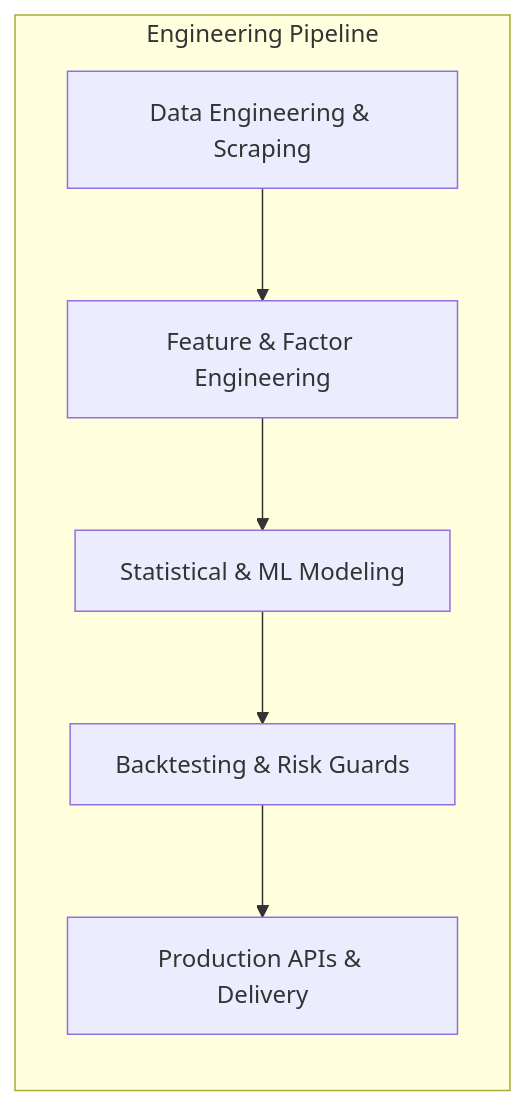
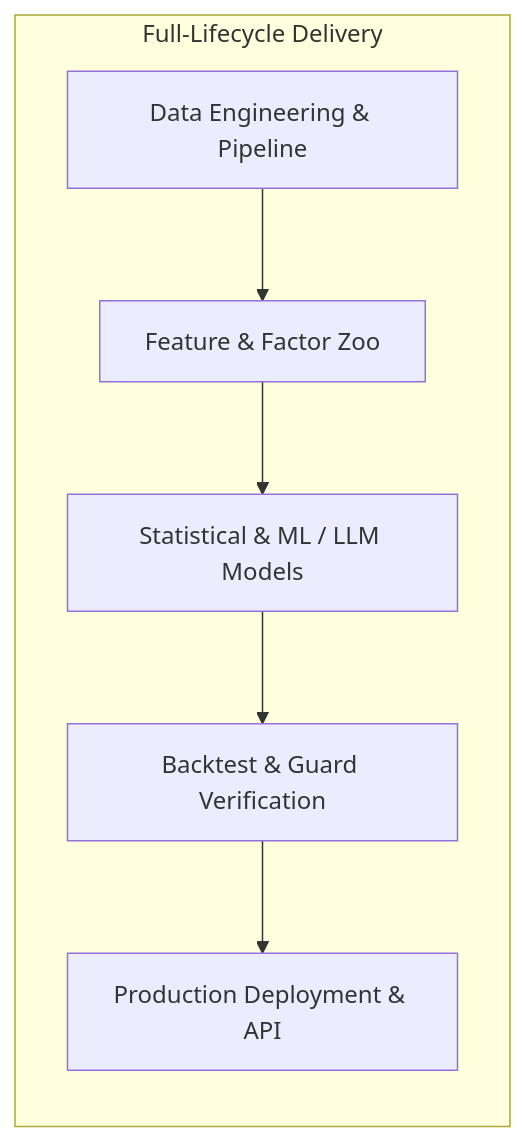
Before and after one commit to shencangsheng513/shencangsheng513: the diagram in README.md, drawn with Mermaid. The commit also changed other lines of this file, not shown here.

Commit message:
docs: update profile with 5 flagship open-source projects

````diff
--- a/README.md
+++ b/README.md
@@ -39,15 +41,15 @@
 ```mermaid
 flowchart LR
-    A["Data Engineering & Scraping"] --> B["Feature & Factor Engineering"]
-    B --> C["Statistical & ML Modeling"]
-    C --> D["Backtesting & Risk Guards"]
-    D --> E["Production APIs & Delivery"]
+    A["Data Engineering & Pipeline"] --> B["Feature & Factor Zoo"]
+    B --> C["Statistical & ML / LLM Models"]
+    C --> D["Backtest & Guard Verification"]
+    D --> E["Production Deployment & API"]
 
-    subgraph Pipeline ["Engineering Pipeline"]
+    subgraph Pipeline ["Full-Lifecycle Delivery"]
         A
         B
         C
         D
         E
     end
 ```
````
